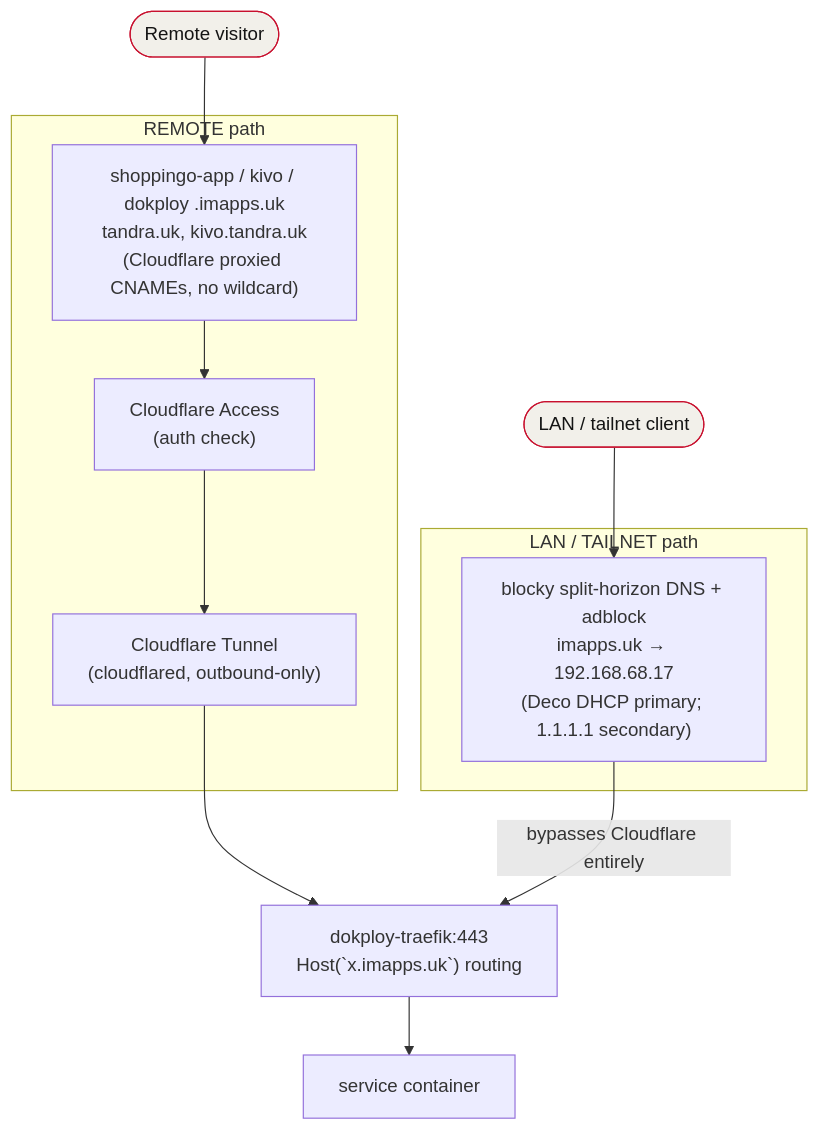
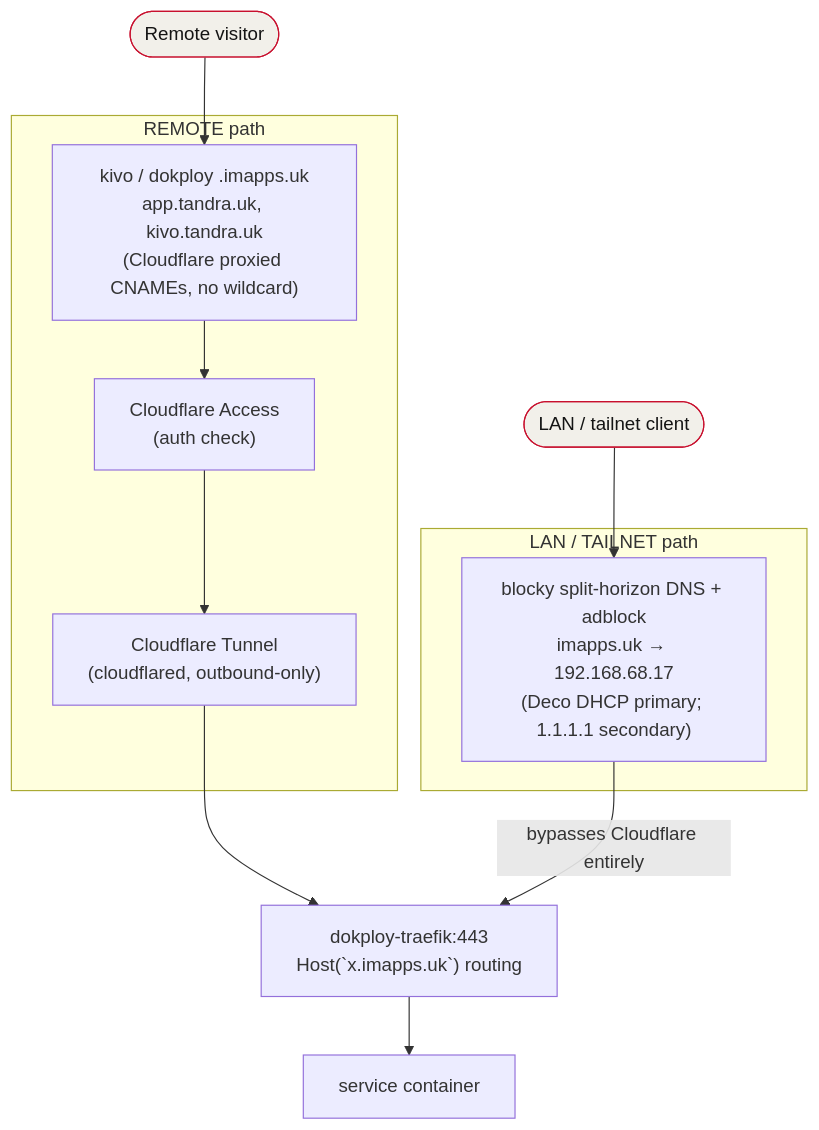
One commit to igor-siergiej/foundry changed the diagram in docs/homelab.md. Above: the diagram before and after it, drawn with Mermaid. The commit also changed other lines of this file and 26 other files, not shown here.

First line of the commit message:
chore(monitoring): rename Shoppingo monitoring and docs to Tandra (#21)

````diff
--- a/docs/homelab.md
+++ b/docs/homelab.md
@@ -31,24 +31,24 @@
 ```mermaid
 flowchart TB
     remoteUser([Remote visitor]):::ext
     lanUser([LAN / tailnet client]):::ext
 
     subgraph remote["REMOTE path"]
-        cfdns["shoppingo-app / kivo / dokploy .imapps.uk<br/>tandra.uk, kivo.tandra.uk<br/>(Cloudflare proxied CNAMEs, no wildcard)"]
+        cfdns["kivo / dokploy .imapps.uk<br/>app.tandra.uk, kivo.tandra.uk<br/>(Cloudflare proxied CNAMEs, no wildcard)"]
         access["Cloudflare Access<br/>(auth check)"]
         tunnel["Cloudflare Tunnel<br/>(cloudflared, outbound-only)"]
     end
 
     subgraph lan["LAN / TAILNET path"]
         blocky["blocky split-horizon DNS + adblock<br/>imapps.uk → 192.168.68.17<br/>(Deco DHCP primary; 1.1.1.1 secondary)"]
     end
 
     traefik["dokploy-traefik:443<br/>Host(`x.imapps.uk`) routing"]
     svc["service container"]
 
     remoteUser --> cfdns --> access --> tunnel --> traefik
     lanUser --> blocky -->|bypasses Cloudflare entirely| traefik
     traefik --> svc
 
     classDef ext fill:#f2f0ea,stroke:#c8102e,color:#141414;
 ```
````
